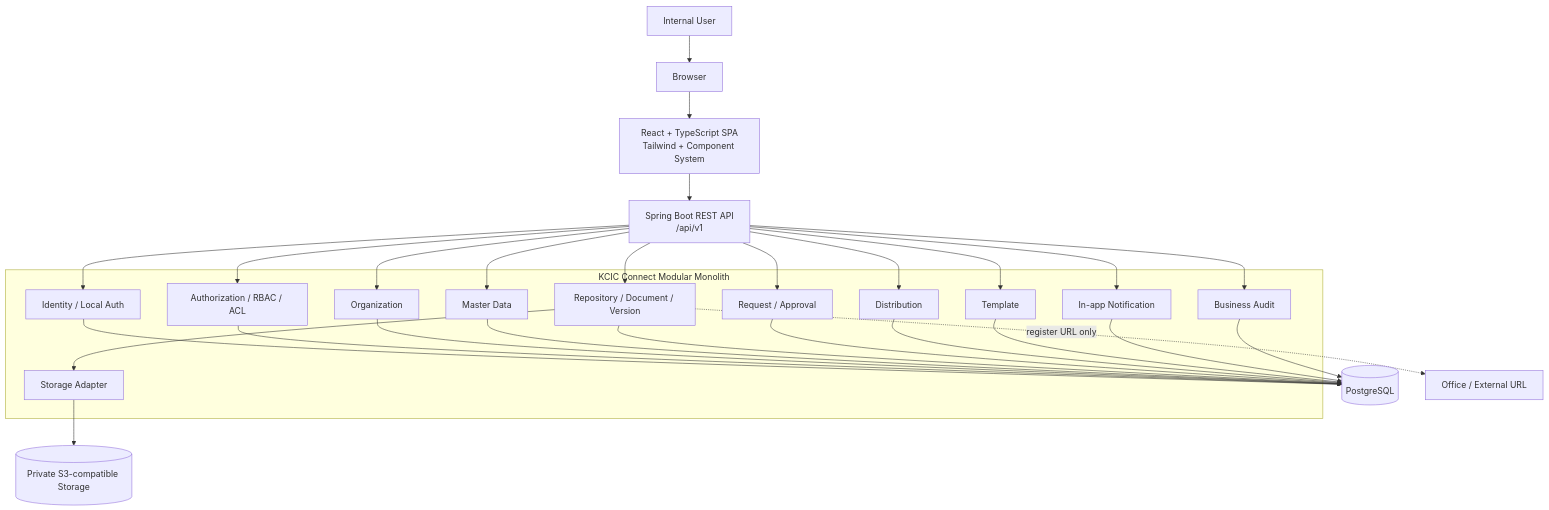
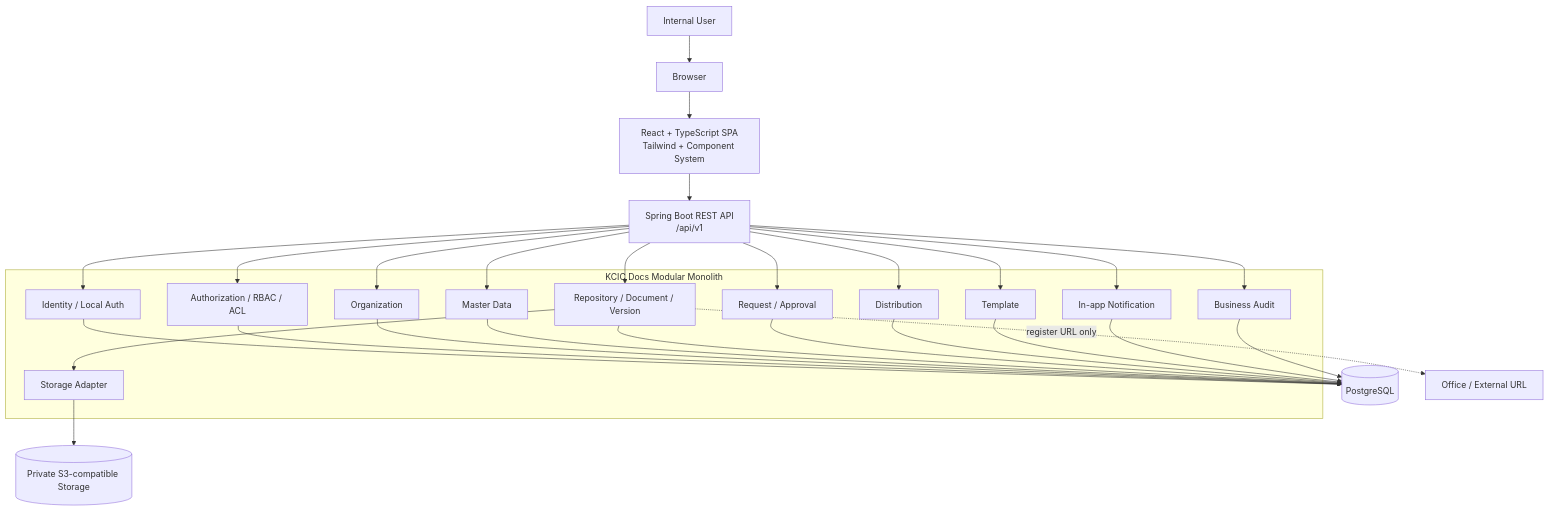
One commit to zulazu/KCIC-DOCS changed the diagram in ARCHITECTURE.md. Above: the diagram before and after it, drawn with Mermaid. The commit also changed other lines of this file and 44 other files, not shown here.

First line of the commit message:
Rebrand product from KCIC Connect to KCIC Docs (DEC-074)

````diff
--- a/ARCHITECTURE.md
+++ b/ARCHITECTURE.md
@@ -113,49 +113,49 @@
 ```mermaid
 flowchart TB
     U[Internal User]
     B[Browser]
     FE[React + TypeScript SPA\nTailwind + Component System]
     API[Spring Boot REST API\n/api/v1]
 
-    subgraph APP[KCIC Connect Modular Monolith]
+    subgraph APP[KCIC Docs Modular Monolith]
         ID[Identity / Local Auth]
         AZ[Authorization / RBAC / ACL]
         ORG[Organization]
         MDM[Master Data]
         REP[Repository / Document / Version]
         STO[Storage Adapter]
         REQ[Request / Approval]
         DIS[Distribution]
         TMP[Template]
         NTF[In-app Notification]
         AUD[Business Audit]
     end
 
     DB[(PostgreSQL)]
     OBJ[(Private S3-compatible Storage)]
     EXT[Office / External URL]
 
     U --> B --> FE --> API
     API --> ID
     API --> AZ
     API --> ORG
     API --> MDM
     API --> REP
     API --> REQ
     API --> DIS
     API --> TMP
     API --> NTF
     API --> AUD
     ID --> DB
     AZ --> DB
     ORG --> DB
     MDM --> DB
     REP --> DB
     REQ --> DB
     DIS --> DB
     TMP --> DB
     NTF --> DB
     AUD --> DB
     REP --> STO --> OBJ
     REP -. register URL only .-> EXT
 ```
````
